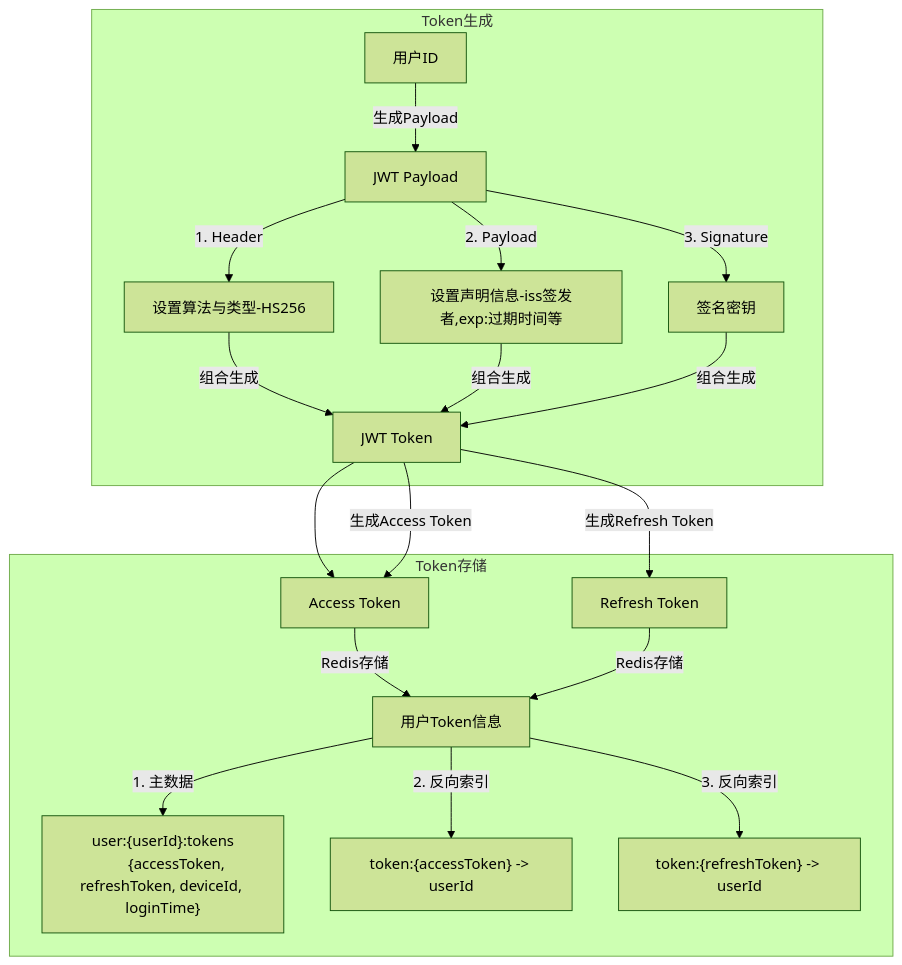
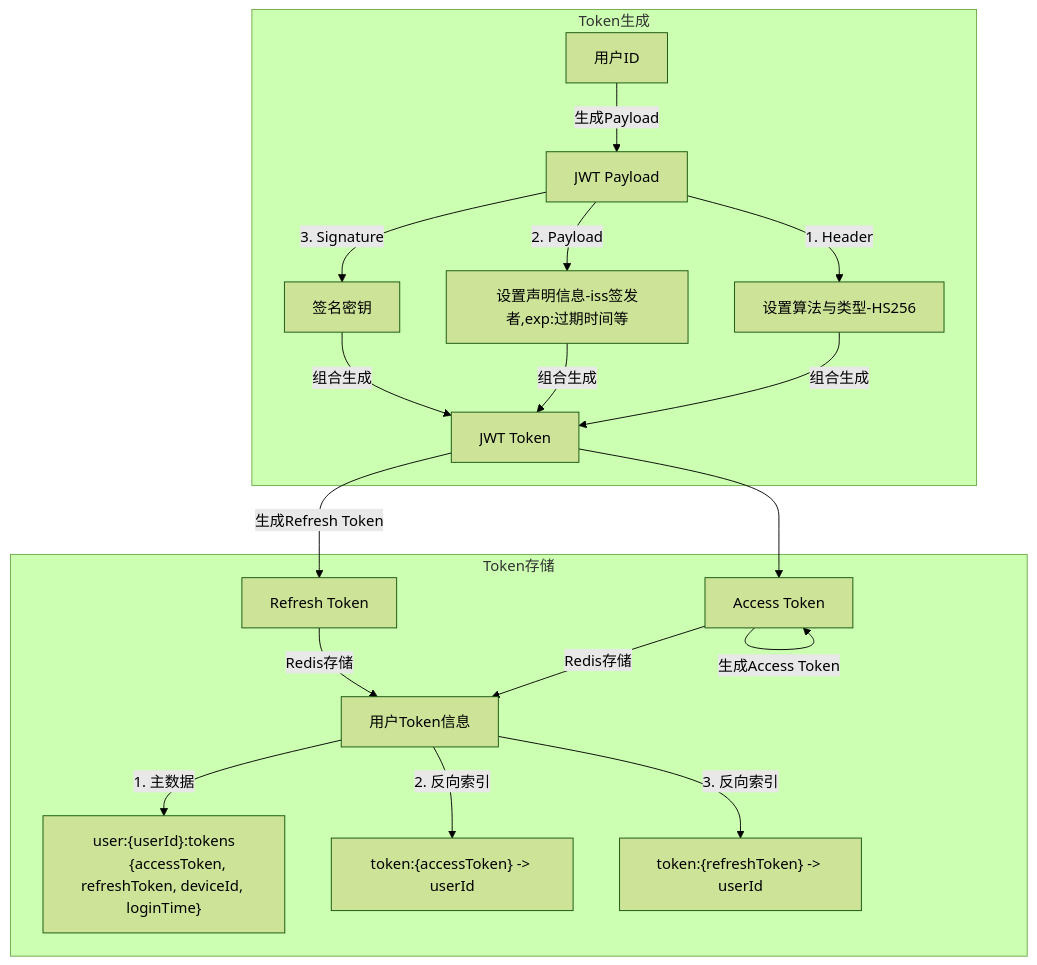
The diagram in all/未命名-15.md (yingjianzh/iodraw-files), drawn with Mermaid (forest theme) before and after one commit.

Commit message:
2025-01-02 18:23:21 update

````diff
--- a/all/未命名-15.md
+++ b/all/未命名-15.md
@@ -1,23 +1,23 @@
 ```mermaid
 flowchart TD
     subgraph Token生成
         A[用户ID] -->|生成Payload| B[JWT Payload]
         B -->|1. Header| C[设置算法与类型-HS256]
         B -->|2. Payload| D[设置声明信息-iss签发者,exp:过期时间等]
         B -->|3. Signature| E[签名密钥]
         C & D & E -->|组合生成| F[JWT Token]
     end
     
     subgraph Token存储
         F --> G[Redis存储]
-        F -->|生成Access Token| G[Access Token]
+         -->|生成Access Token| G[Access Token]
         F -->|生成Refresh Token| H[Refresh Token]
         G & H -->|Redis存储| I[用户Token信息]
         I -->|1. 主数据| J["user:{userId}:tokens
         {accessToken, refreshToken, deviceId, loginTime}"]
         I -->|2. 反向索引| K["token:{accessToken} -> userId"]
         I -->|3. 反向索引| L["token:{refreshToken} -> userId"]
     end
     
     
 ```
````
